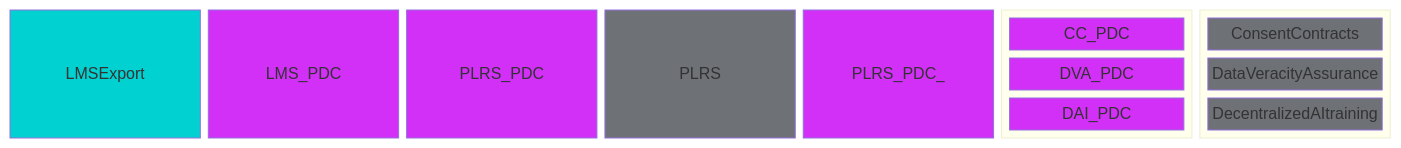
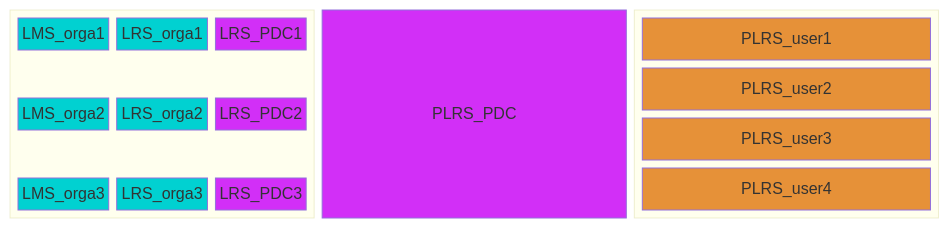
The first of 5 diagrams in docs/design-document.md (Prometheus-X-association/lrs-gateway), drawn with Mermaid before and after one commit. The commit also changed other lines of this file, not shown here.

````diff
--- a/docs/design-document.md
+++ b/docs/design-document.md
@@ -160,40 +154,37 @@
 ```mermaid
 
 block-beta
 
-columns 7
+columns 3
 
-LMSExport:1 
-LMS_PDC:1 
-PLRS_PDC:1
-
-PLRS:1
-
-PLRS_PDC_:1
-
-block:group3
-columns 1
-CC_PDC DVA_PDC DAI_PDC
+block:group1
+columns 3
+LMS_orga1 LRS_orga1 LRS_PDC1 space space space LMS_orga2 LRS_orga2 LRS_PDC2 space space space LMS_orga3 LRS_orga3 LRS_PDC3
 end
 
-block:group4
+PLRS_PDC
+
+block:group2
 columns 1
-ConsentContracts DataVeracityAssurance DecentralizedAItraining
+PLRS_user1 PLRS_user2 PLRS_user3 PLRS_user4
 end
+
 
 classDef colorA fill:#D22FF7,color:#fff
 classDef colorEx fill:#01D1D1,color:#fff
-classDef colorED fill:#6E7176,color:#fff
-class LMSExport colorEx
-class PLRS colorED
-class EdgeComputing colorED
-class ConsentContracts colorED
-class DataVeracityAssurance colorED
-class DecentralizedAItraining colorED
+classDef colorMP fill:#e69138,color:#fff
+class LMS_orga1 colorEx
+class LMS_orga2 colorEx
+class LMS_orga3 colorEx
+class LRS_orga1 colorEx
+class LRS_orga2 colorEx
+class LRS_orga3 colorEx
 class PLRS_PDC colorA
-class LMS_PDC colorA
-class PLRS_PDC_ colorA
-class CC_PDC colorA
-class DVA_PDC colorA
-class DAI_PDC colorA
+class LRS_PDC1 colorA
+class LRS_PDC2 colorA
+class LRS_PDC3 colorA
+class PLRS_user1 colorMP
+class PLRS_user2 colorMP
+class PLRS_user3 colorMP
+class PLRS_user4 colorMP
 ```
````
